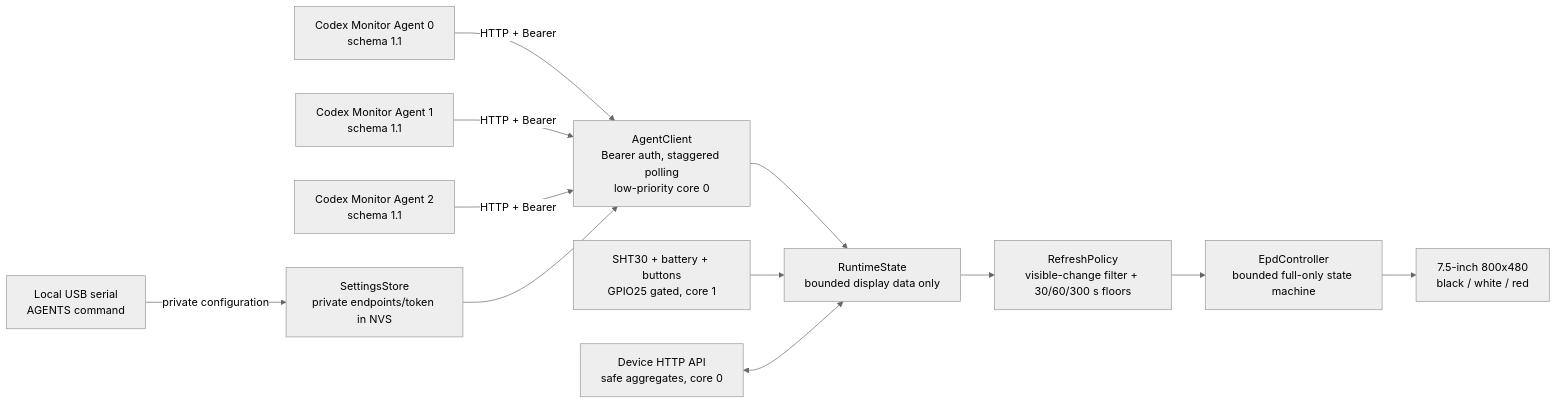
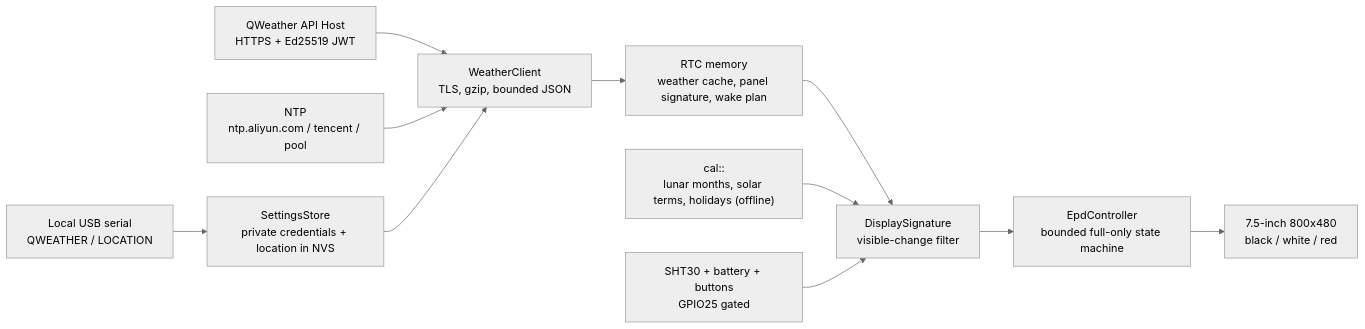
The diagram in firmware/epaper75-app/ARCHITECTURE.md (zhangchaosd/7.5in_E-paper_pj), drawn with Mermaid (neutral theme) before and after one commit. The commit also changed other lines of this file and 11 other files, not shown here.

First line of the commit message:
docs: document 0.6.0-p1 weather firmware, power plan and P5 results

````diff
--- a/firmware/epaper75-app/ARCHITECTURE.md
+++ b/firmware/epaper75-app/ARCHITECTURE.md
@@ -5,27 +5,25 @@
 ```mermaid
 flowchart LR
-    A1["Codex Monitor Agent 0\nschema 1.1"]
-    A2["Codex Monitor Agent 1\nschema 1.1"]
-    A3["Codex Monitor Agent 2\nschema 1.1"]
-    C["AgentClient\nBearer auth, staggered polling\nlow-priority core 0"]
-    K["SettingsStore\nprivate endpoints/token in NVS"]
-    U["Local USB serial\nAGENTS command"]
-    S["RuntimeState\nbounded display data only"]
-    H["Device HTTP API\nsafe aggregates, core 0"]
-    P["RefreshPolicy\nvisible-change filter + 30/60/300 s floors"]
+    Q["QWeather API Host\nHTTPS + Ed25519 JWT"]
+    N["NTP\nntp.aliyun.com / tencent / pool"]
+    W["WeatherClient\nTLS, gzip, bounded JSON"]
+    K["SettingsStore\nprivate credentials + location in NVS"]
+    U["Local USB serial\nQWEATHER / LOCATION"]
+    R["RTC memory\nweather cache, panel signature, wake plan"]
+    C["cal::\nlunar months, solar terms, holidays (offline)"]
+    S["DisplaySignature\nvisible-change filter"]
     E["EpdController\nbounded full-only state machine"]
     D["7.5-inch 800x480\nblack / white / red"]
-    X["SHT30 + battery + buttons\nGPIO25 gated, core 1"]
+    X["SHT30 + battery + buttons\nGPIO25 gated"]
 
-    A1 -->|"HTTP + Bearer"| C
-    A2 -->|"HTTP + Bearer"| C
-    A3 -->|"HTTP + Bearer"| C
-    K --> C
-    U -->|"private configuration"| K
+    Q --> W
+    N --> W
+    K --> W
+    U --> K
+    W --> R
+    R --> S
     C --> S
     X --> S
-    H <--> S
-    S --> P
-    P --> E
+    S --> E
     E --> D
 ```
````
